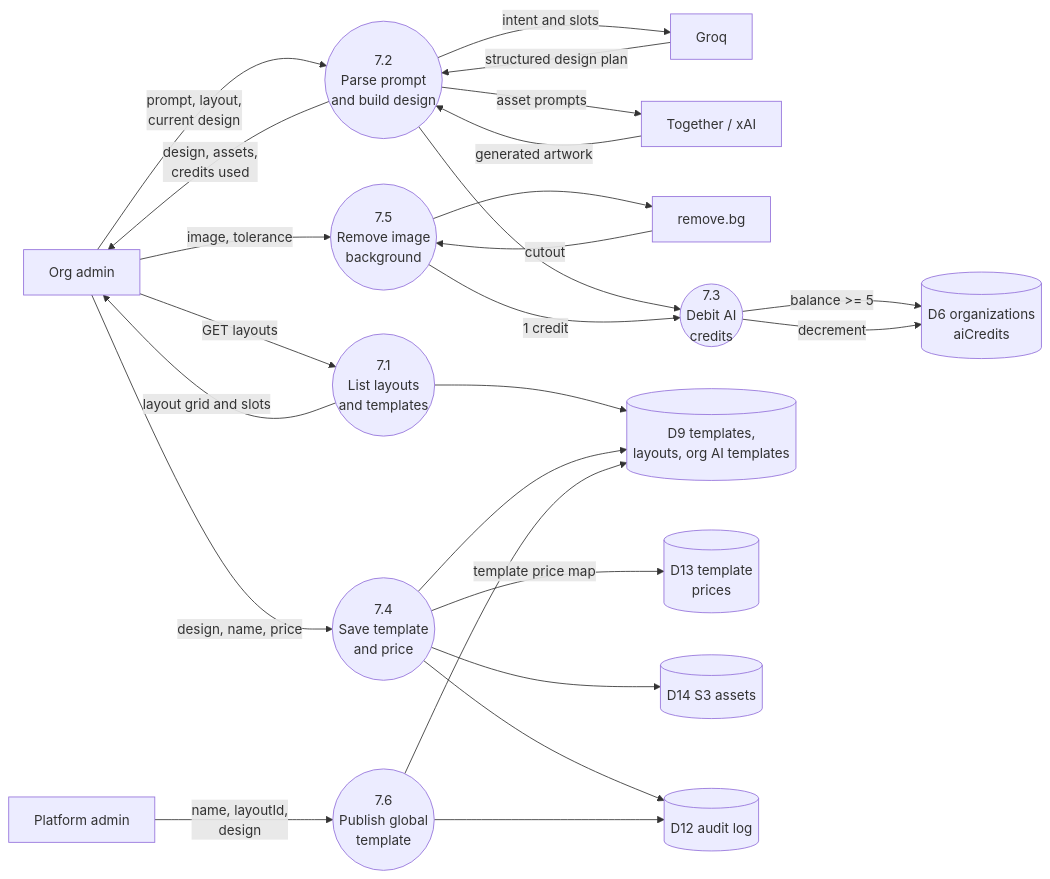
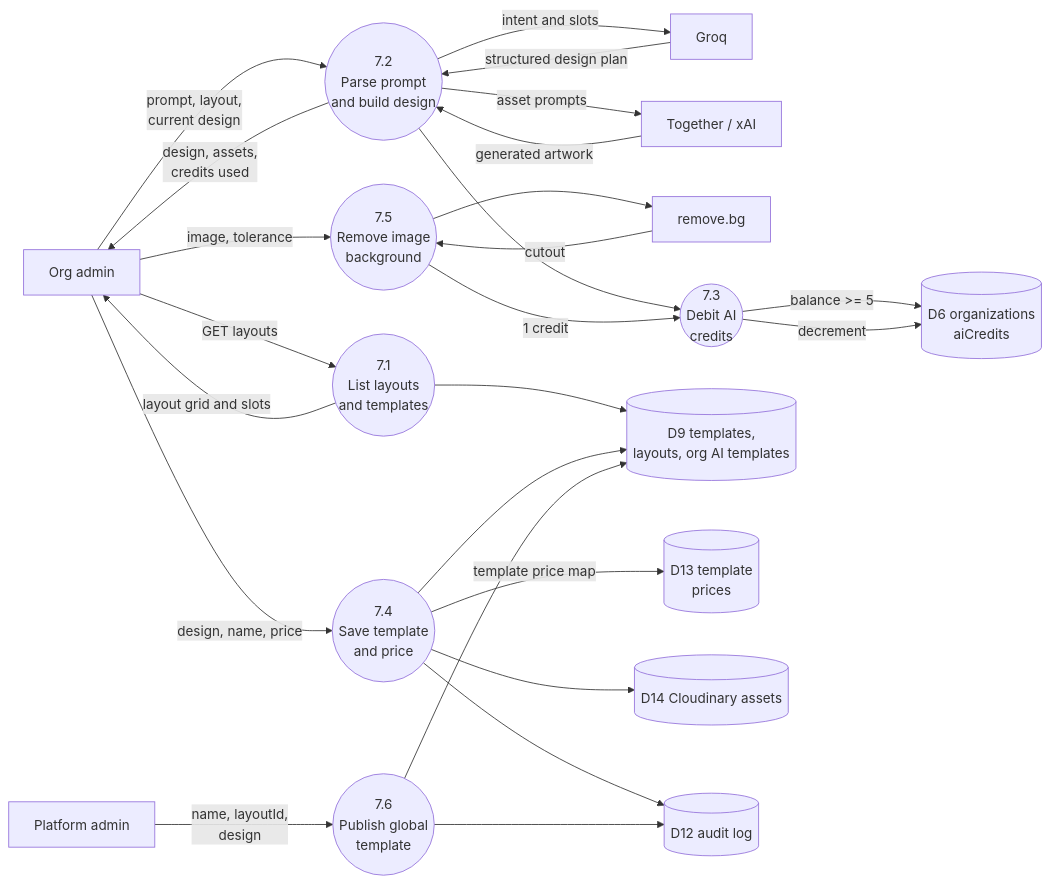
Diagram 17 of 29 in docs/DIAGRAMS.md (Krishna-Vineet/local), drawn with Mermaid before and after one commit. The commit also changed other lines of this file and 38 other files, not shown here.

````diff
--- a/docs/DIAGRAMS.md
+++ b/docs/DIAGRAMS.md
@@ -1337,44 +1342,44 @@
 ```mermaid
 flowchart LR
   E1["Org admin"]
   E2["Platform admin"]
   E3["Groq"]
   E4["Together / xAI"]
   E5["remove.bg"]
   P71(("7.1<br/>List layouts<br/>and templates"))
   P72(("7.2<br/>Parse prompt<br/>and build design"))
   P73(("7.3<br/>Debit AI<br/>credits"))
   P74(("7.4<br/>Save template<br/>and price"))
   P75(("7.5<br/>Remove image<br/>background"))
   P76(("7.6<br/>Publish global<br/>template"))
   D9[("D9 templates,<br/>layouts, org AI templates")]
   D6[("D6 organizations<br/>aiCredits")]
   D13[("D13 template<br/>prices")]
-  D14[("D14 S3 assets")]
+  D14[("D14 Cloudinary assets")]
   D12[("D12 audit log")]
 
   E1 -->|"GET layouts"| P71
   P71 -->|"layout grid and slots"| E1
   P71 --> D9
   E1 -->|"prompt, layout,<br/>current design"| P72
   P72 -->|"intent and slots"| E3
   E3 -->|"structured design plan"| P72
   P72 -->|"asset prompts"| E4
   E4 -->|"generated artwork"| P72
   P72 -->|"design, assets,<br/>credits used"| E1
   P72 --> P73
   P73 -->|"balance >= 5"| D6
   P73 -->|"decrement"| D6
   E1 -->|"design, name, price"| P74
   P74 --> D9
   P74 -->|"template price map"| D13
   P74 --> D14
   P74 --> D12
   E1 -->|"image, tolerance"| P75
   P75 --> E5
   E5 -->|"cutout"| P75
   P75 -->|"1 credit"| P73
   E2 -->|"name, layoutId,<br/>design"| P76
   P76 --> D9
   P76 --> D12
 ```
````
